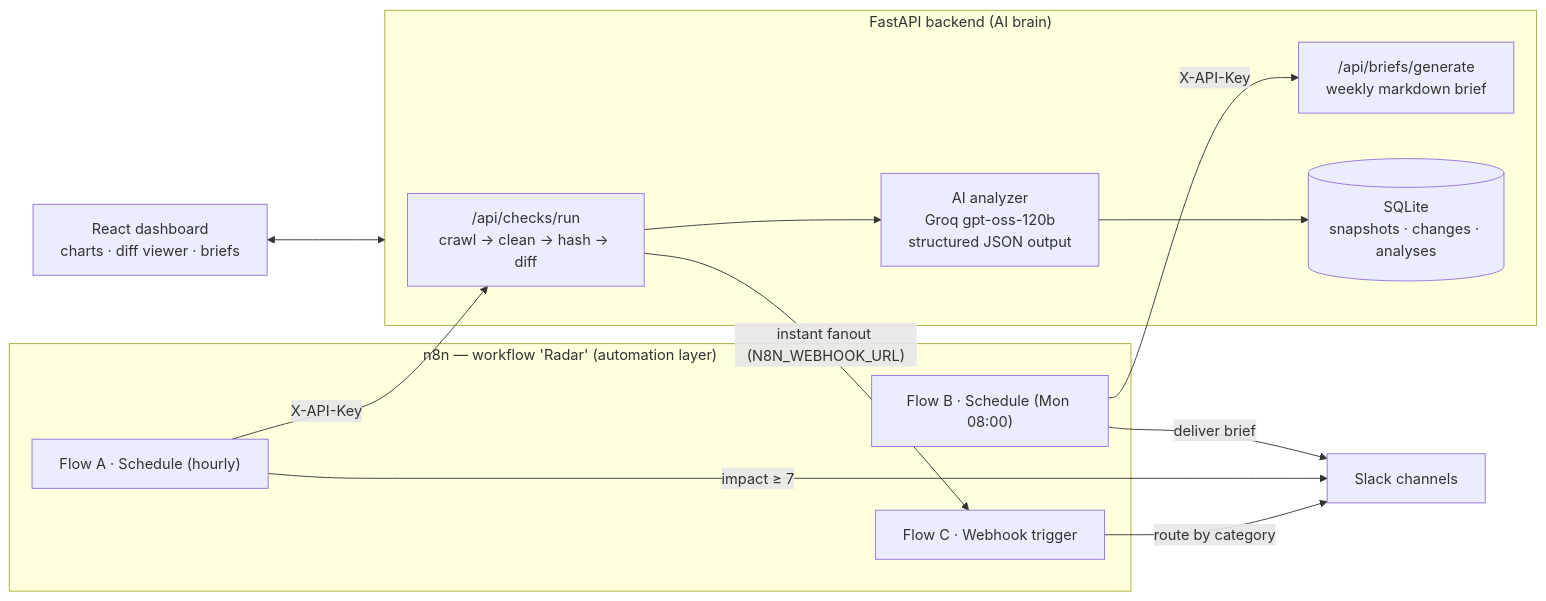
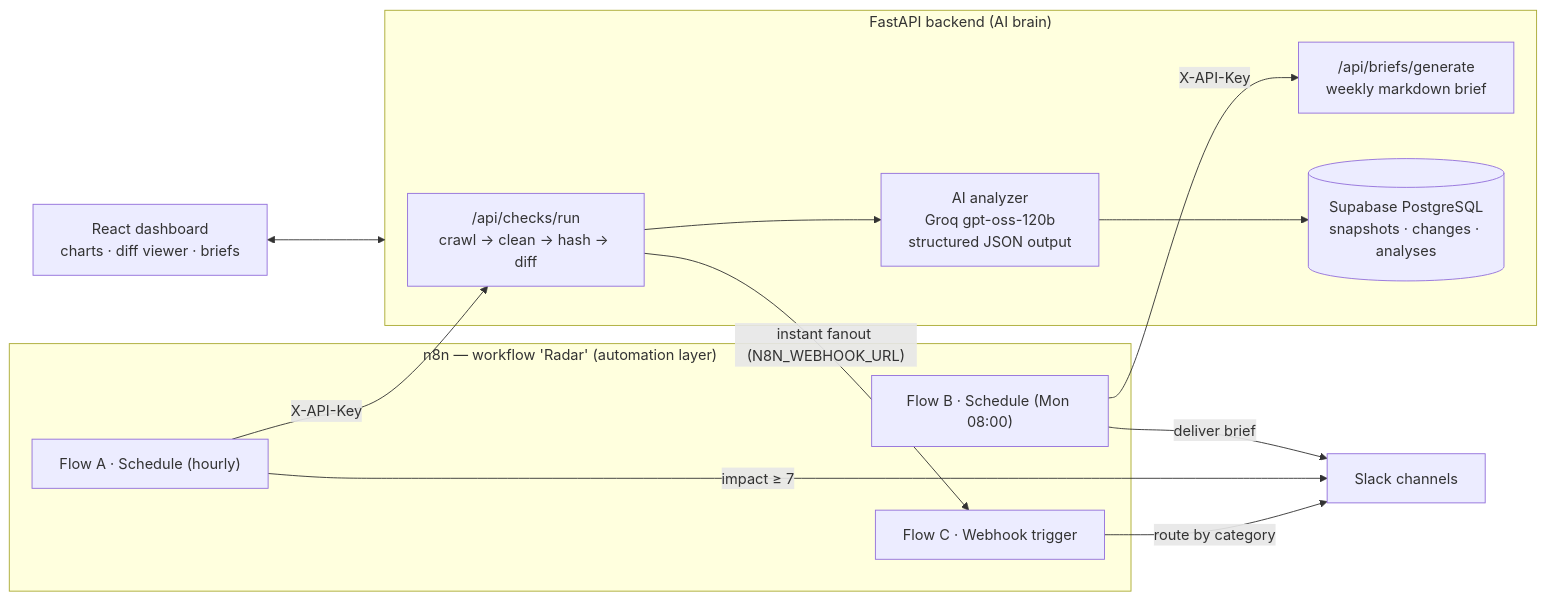
The diagram in README.md (Yasir019/radar-intelligence), drawn with Mermaid before and after one commit. The commit also changed other lines of this file and 4 other files, not shown here.

Commit message:
Use Supabase PostgreSQL for application storage

````diff
--- a/README.md
+++ b/README.md
@@ -18,27 +18,27 @@
 ```mermaid
 flowchart LR
     subgraph n8n["n8n — workflow 'Radar' (automation layer)"]
         A["Flow A · Schedule (hourly)"]
         B["Flow B · Schedule (Mon 08:00)"]
         C["Flow C · Webhook trigger"]
     end
 
     subgraph api["FastAPI backend (AI brain)"]
         CHK["/api/checks/run<br/>crawl → clean → hash → diff"]
         AI["AI analyzer<br/>Groq gpt-oss-120b<br/>structured JSON output"]
         BRF["/api/briefs/generate<br/>weekly markdown brief"]
-        DB[("SQLite<br/>snapshots · changes · analyses")]
+        DB[("Supabase PostgreSQL<br/>snapshots · changes · analyses")]
     end
 
     UI["React dashboard<br/>charts · diff viewer · briefs"]
     SLACK["Slack channels"]
 
     A -->|X-API-Key| CHK
     B -->|X-API-Key| BRF
     CHK --> AI --> DB
     CHK -->|"instant fanout (N8N_WEBHOOK_URL)"| C
     C -->|route by category| SLACK
     A -->|"impact ≥ 7"| SLACK
     B -->|deliver brief| SLACK
     UI <--> api
 ```
````
